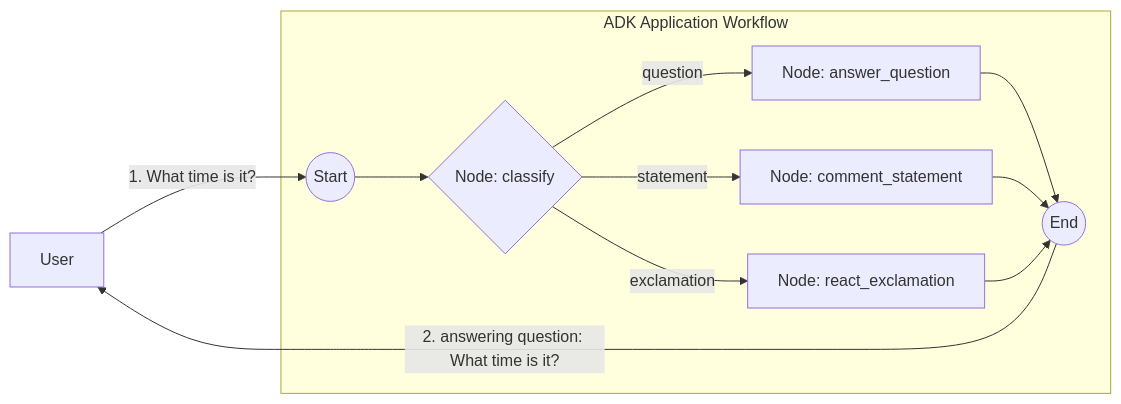
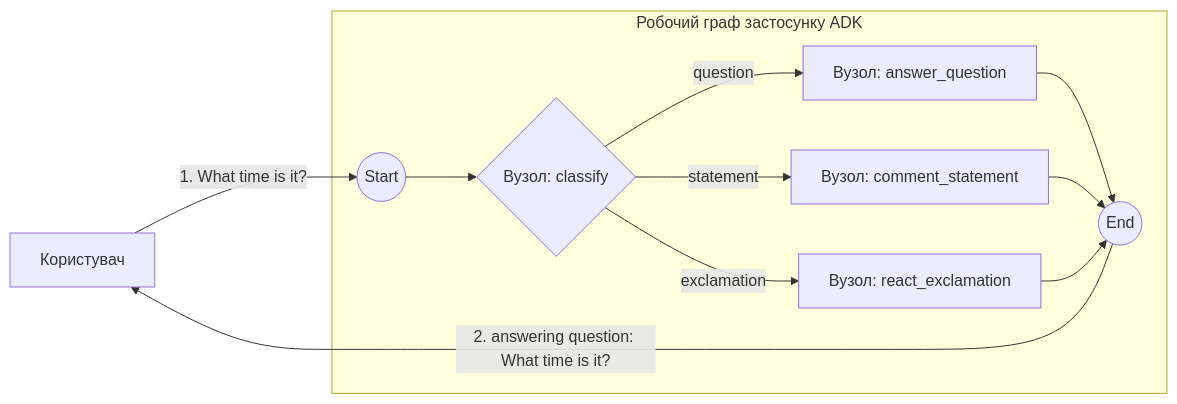
The diagram in demo/4_adk_examples/routing/string/README.md (EugeneZaharchenko/ai-ae-labs), drawn with Mermaid before and after one commit. The commit also changed other lines of this file and 23 other files, not shown here.

````diff
--- a/demo/4_adk_examples/routing/string/README.md
+++ b/demo/4_adk_examples/routing/string/README.md
@@ -16,15 +16,15 @@
 ```mermaid
 graph LR
-    User[User]
-    subgraph "ADK Application Workflow"
-        Start((Start)) --> C{Node: classify}
-        C -- "question" --> Q[Node: answer_question]
-        C -- "statement" --> S[Node: comment_statement]
-        C -- "exclamation" --> E[Node: react_exclamation]
+    User[Користувач]
+    subgraph "Робочий граф застосунку ADK"
+        Start((Start)) --> C{Вузол: classify}
+        C -- "question" --> Q[Вузол: answer_question]
+        C -- "statement" --> S[Вузол: comment_statement]
+        C -- "exclamation" --> E[Вузол: react_exclamation]
         Q --> End((End))
         S --> End
         E --> End
     end
     User -- "1. What time is it?" --> Start
     End -- "2. answering question: What time is it?" --> User
 ```
````
